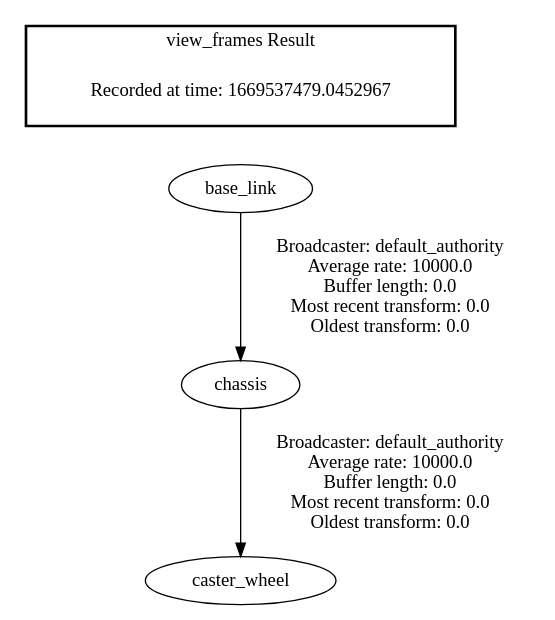
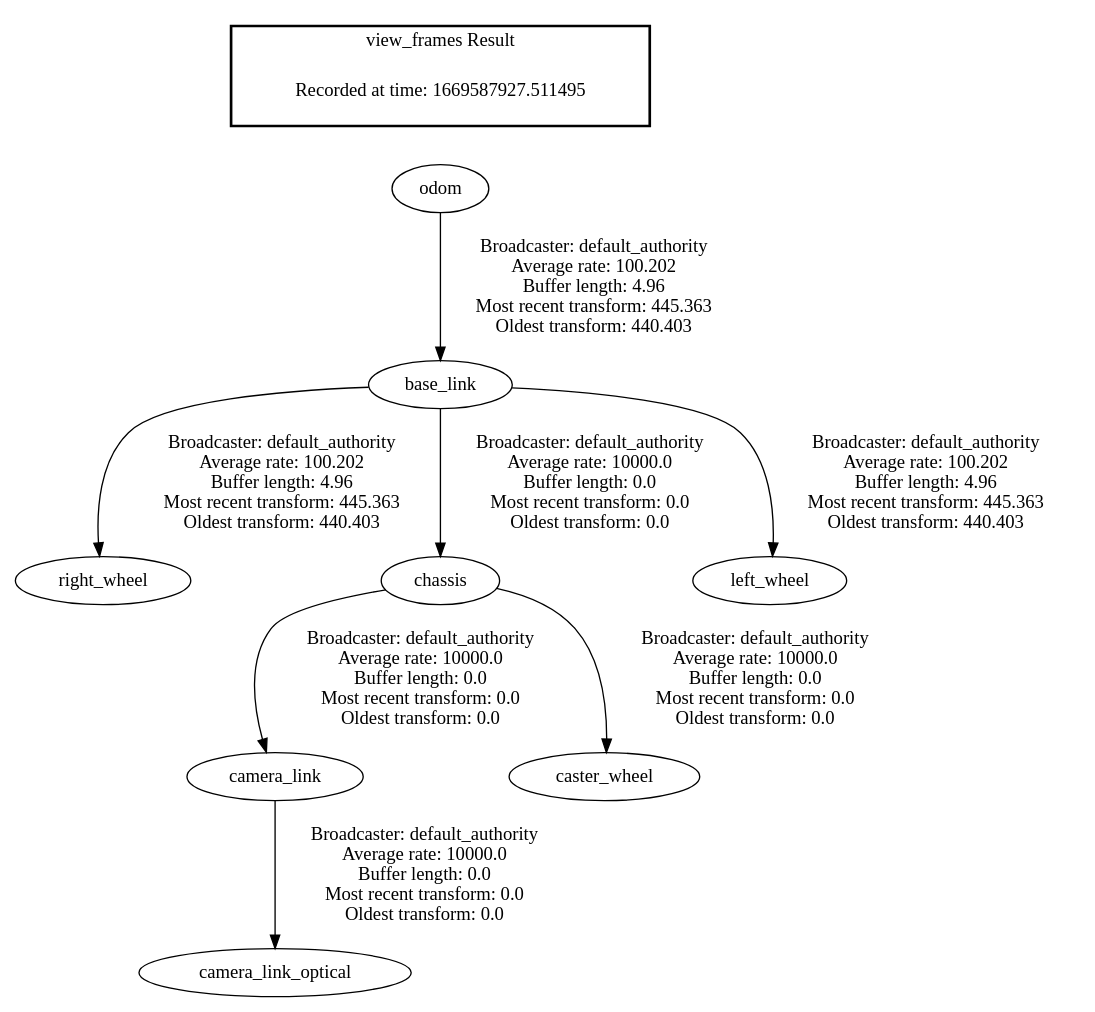
One commit to jvinol/G1FinalProject changed the diagram in frames.gv. Above: the diagram before and after it, drawn with Graphviz. The commit also changed 14 other files, not shown here.

```diff
--- a/frames.gv
+++ b/frames.gv
@@ -1,8 +1,13 @@
 digraph G {
+"base_link" -> "right_wheel"[label=" Broadcaster: default_authority\nAverage rate: 100.202\nBuffer length: 4.96\nMost recent transform: 445.363\nOldest transform: 440.403\n"];
+"odom" -> "base_link"[label=" Broadcaster: default_authority\nAverage rate: 100.202\nBuffer length: 4.96\nMost recent transform: 445.363\nOldest transform: 440.403\n"];
+"chassis" -> "camera_link"[label=" Broadcaster: default_authority\nAverage rate: 10000.0\nBuffer length: 0.0\nMost recent transform: 0.0\nOldest transform: 0.0\n"];
+"base_link" -> "chassis"[label=" Broadcaster: default_authority\nAverage rate: 10000.0\nBuffer length: 0.0\nMost recent transform: 0.0\nOldest transform: 0.0\n"];
+"camera_link" -> "camera_link_optical"[label=" Broadcaster: default_authority\nAverage rate: 10000.0\nBuffer length: 0.0\nMost recent transform: 0.0\nOldest transform: 0.0\n"];
 "chassis" -> "caster_wheel"[label=" Broadcaster: default_authority\nAverage rate: 10000.0\nBuffer length: 0.0\nMost recent transform: 0.0\nOldest transform: 0.0\n"];
-"base_link" -> "chassis"[label=" Broadcaster: default_authority\nAverage rate: 10000.0\nBuffer length: 0.0\nMost recent transform: 0.0\nOldest transform: 0.0\n"];
+"base_link" -> "left_wheel"[label=" Broadcaster: default_authority\nAverage rate: 100.202\nBuffer length: 4.96\nMost recent transform: 445.363\nOldest transform: 440.403\n"];
 edge [style=invis];
  subgraph cluster_legend { style=bold; color=black; label ="view_frames Result";
-"Recorded at time: 1669537479.0452967"[ shape=plaintext ] ;
-}->"base_link";
+"Recorded at time: 1669587927.511495"[ shape=plaintext ] ;
+}->"odom";
 }
```
